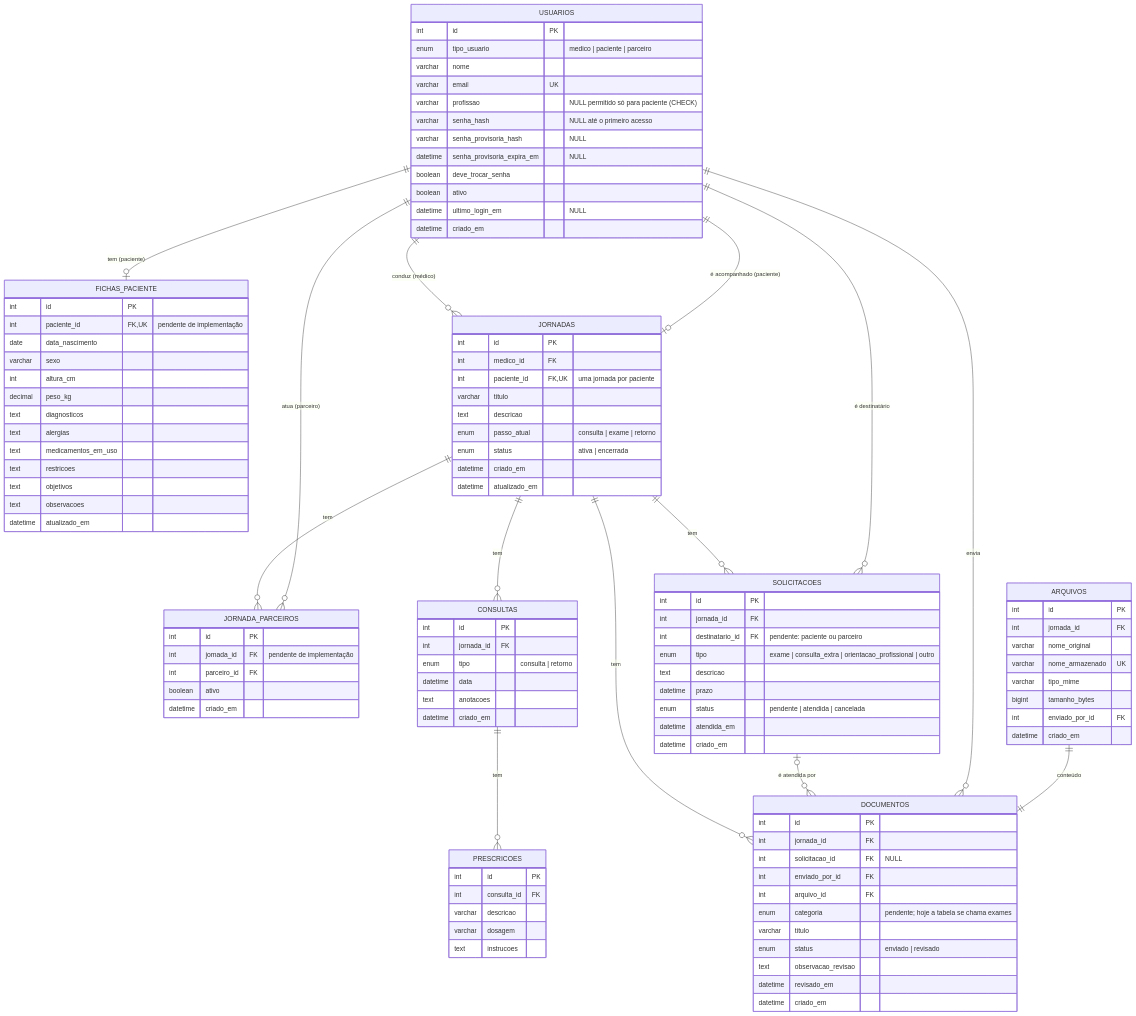
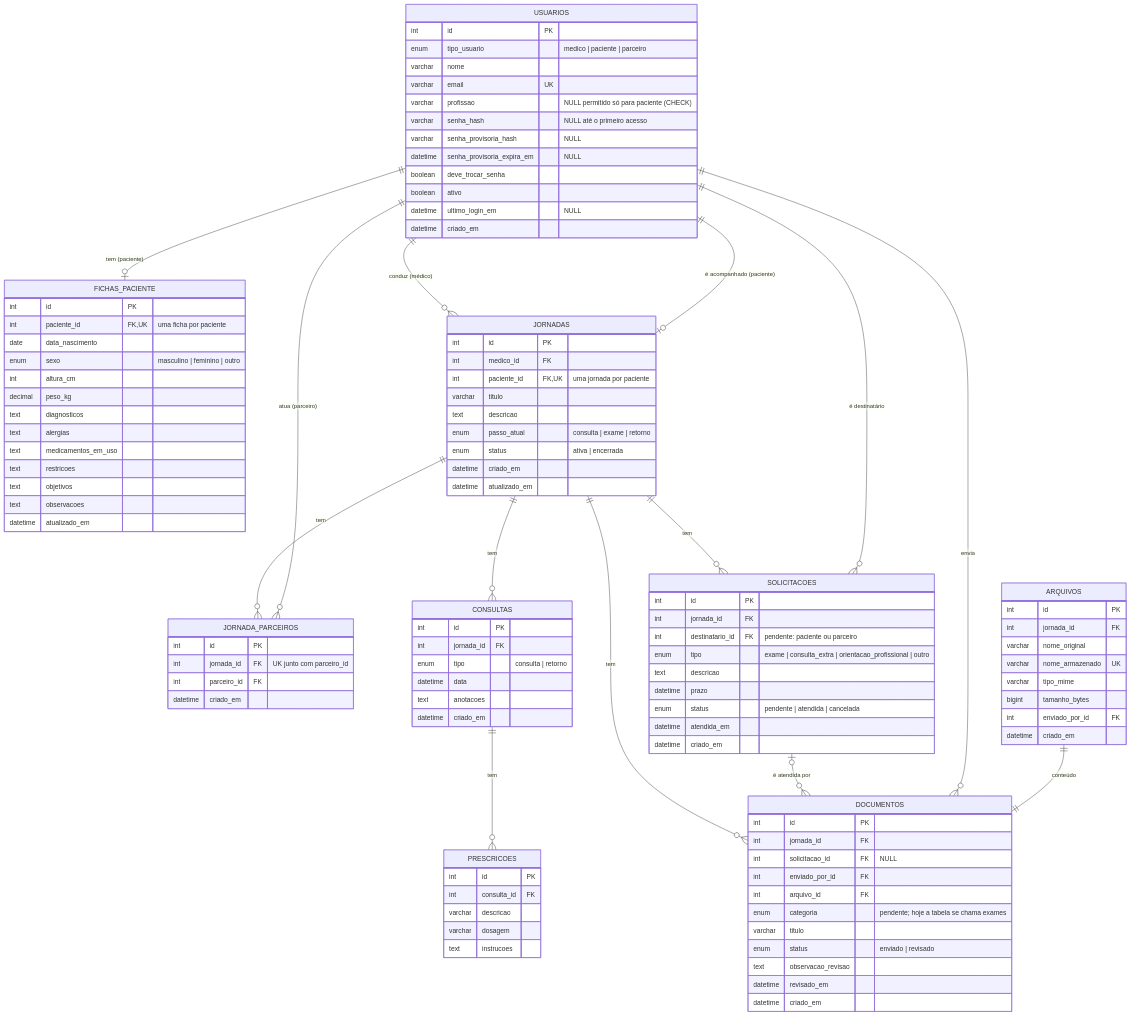
Before and after one commit to Life-Scan/LifeScan: the second of 3 diagrams in docs/diagramas.md, drawn with Mermaid. The commit also changed other lines of this file and 13 other files, not shown here.

First line of the commit message:
Fase 7 (frontend e docs): ficha do paciente e visão do parceiro

```diff
--- a/docs/diagramas.md
+++ b/docs/diagramas.md
@@ -177,9 +175,9 @@
     }
     FICHAS_PACIENTE {
         int id PK
-        int paciente_id FK,UK "pendente de implementação"
+        int paciente_id FK,UK "uma ficha por paciente"
         date data_nascimento
-        varchar sexo
+        enum sexo "masculino | feminino | outro"
         int altura_cm
         decimal peso_kg
         text diagnosticos
@@ -203,9 +201,8 @@
     }
     JORNADA_PARCEIROS {
         int id PK
-        int jornada_id FK "pendente de implementação"
+        int jornada_id FK "UK junto com parceiro_id"
         int parceiro_id FK
-        boolean ativo
         datetime criado_em
     }
     CONSULTAS {
```
